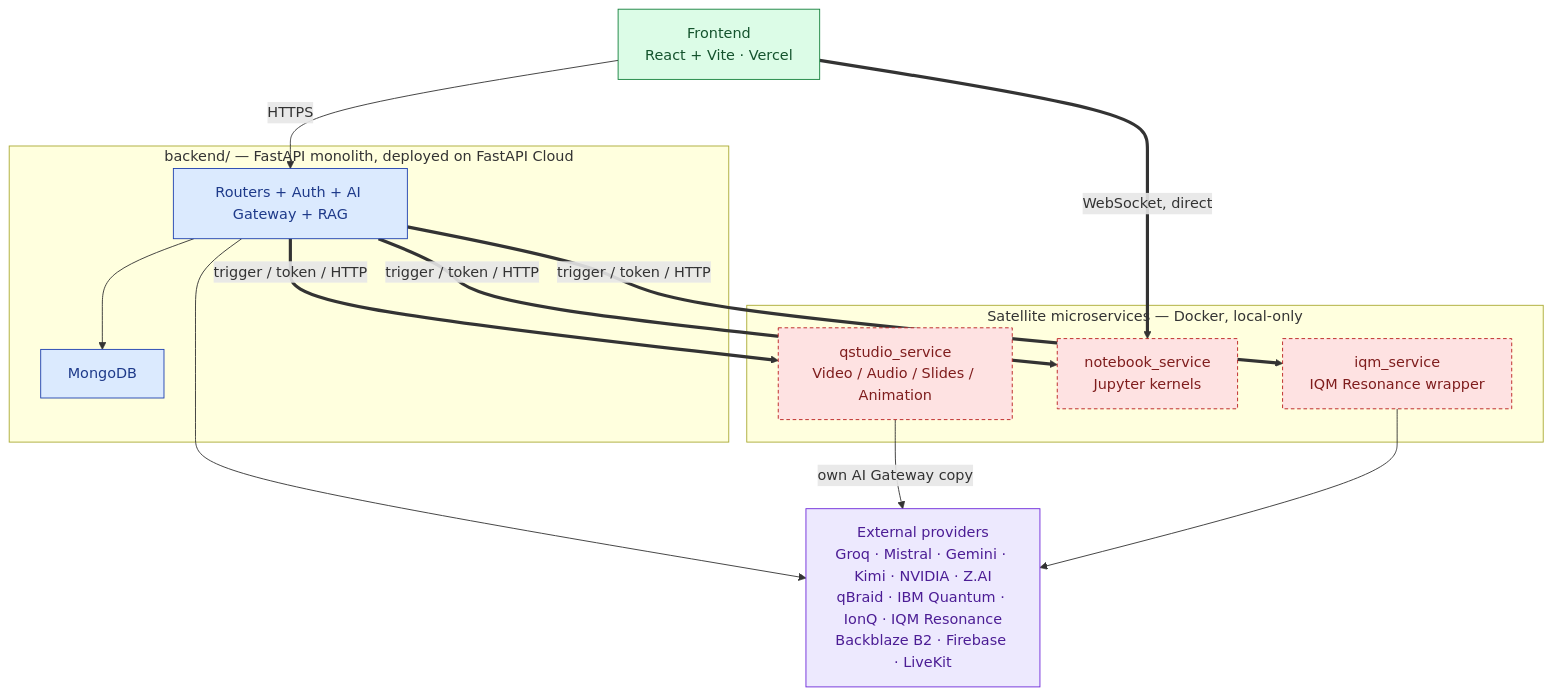
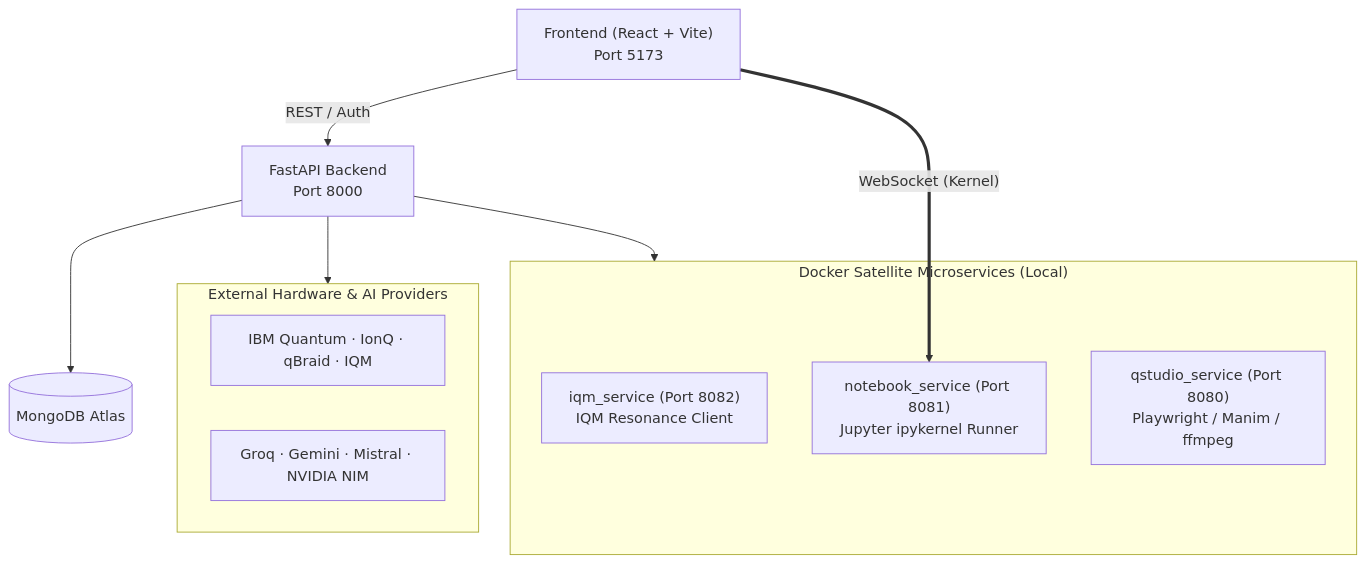
One commit to Ganath-Avinash/Quantum_CAPS changed the diagram in README.md. Above: the diagram before and after it, drawn with Mermaid. The commit also changed other lines of this file, not shown here.

````diff
--- a/README.md
+++ b/README.md
@@ -70,32 +50,23 @@
 ```mermaid
 flowchart TB
-    classDef frontend fill:#dcfce7,stroke:#15803d,color:#14532d
-    classDef api fill:#dbeafe,stroke:#1e40af,color:#1e3a8a
-    classDef local fill:#fee2e2,stroke:#b91c1c,color:#7f1d1d,stroke-dasharray: 4 3
-    classDef external fill:#ede9fe,stroke:#6d28d9,color:#4c1d95
-
-    FE["Frontend<br/>React + Vite · Vercel"]:::frontend
-
-    subgraph CORE["backend/ — FastAPI monolith, deployed on FastAPI Cloud"]
-        API["Routers + Auth + AI Gateway + RAG"]:::api
-        MONGO["MongoDB"]:::api
+    FE["Frontend (React + Vite)<br/>Port 5173"]
+    API["FastAPI Backend<br/>Port 8000"]
+    MONGO[("MongoDB Atlas")]
+    
+    subgraph Microservices ["Docker Satellite Microservices (Local)"]
+        IQM["iqm_service (Port 8082)<br/>IQM Resonance Client"]
+        NBS["notebook_service (Port 8081)<br/>Jupyter ipykernel Runner"]
+        QSS["qstudio_service (Port 8080)<br/>Playwright / Manim / ffmpeg"]
     end
 
-    subgraph SATELLITES["Satellite microservices — Docker, local-only"]
-        QSS["qstudio_service<br/>Video / Audio / Slides / Animation"]:::local
-        NBS["notebook_service<br/>Jupyter kernels"]:::local
-        IQMS["iqm_service<br/>IQM Resonance wrapper"]:::local
+    subgraph Providers ["External Hardware & AI Providers"]
+        HW["IBM Quantum · IonQ · qBraid · IQM"]
+        AI["Groq · Gemini · Mistral · NVIDIA NIM"]
     end
 
-    PROVIDERS["External providers<br/>Groq · Mistral · Gemini · Kimi · NVIDIA · Z.AI<br/>qBraid · IBM Quantum · IonQ · IQM Resonance<br/>Backblaze B2 · Firebase · LiveKit"]:::external
-
-    FE -->|"HTTPS"| API
-    FE ==>|"WebSocket, direct"| NBS
+    FE -->|"REST / Auth"| API
+    FE ==>|"WebSocket (Kernel)"| NBS
     API --> MONGO
-    API ==>|"trigger / token / HTTP"| QSS
-    API ==>|"trigger / token / HTTP"| NBS
-    API ==>|"trigger / token / HTTP"| IQMS
-    API --> PROVIDERS
-    QSS -->|"own AI Gateway copy"| PROVIDERS
-    IQMS --> PROVIDERS
+    API --> Providers
+    API --> Microservices
 ```
````
